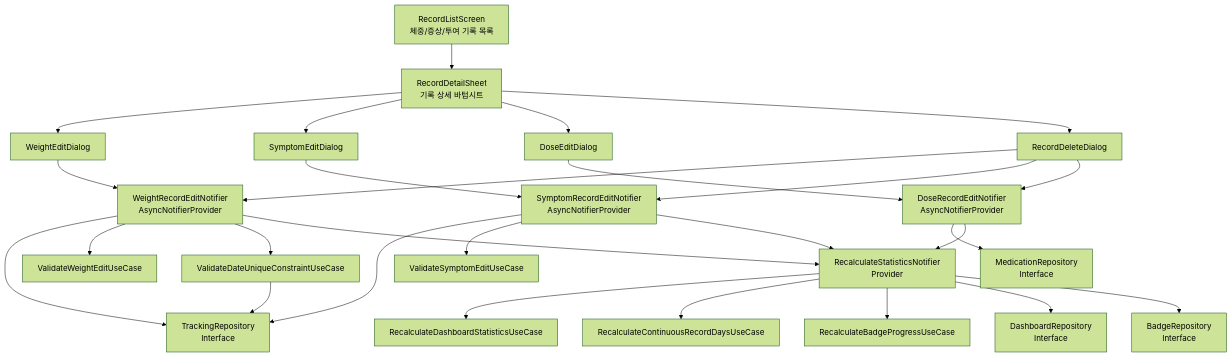
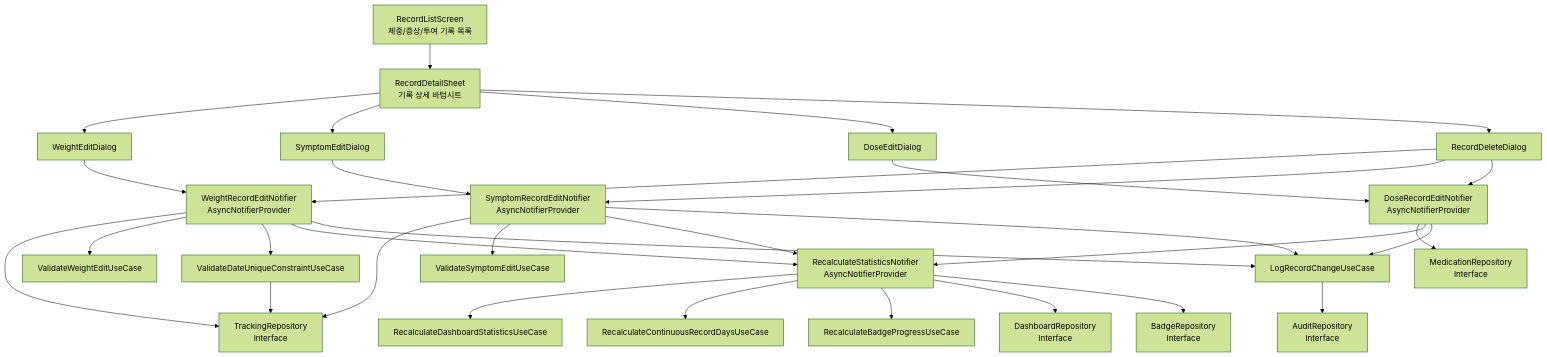
One commit to pcepyon/n06 changed the diagram in docs/013/plan.md. Above: the diagram before and after it, drawn with Mermaid (forest theme). The commit also changed other lines of this file and 13 other files, not shown here.

````diff
--- a/docs/013/plan.md
+++ b/docs/013/plan.md
@@ -22,64 +22,72 @@
 ```mermaid
 graph TD
     %% Presentation Layer
     RecordListScreen[RecordListScreen<br/>체중/증상/투여 기록 목록]
     RecordDetailSheet[RecordDetailSheet<br/>기록 상세 바텀시트]
     WeightEditDialog[WeightEditDialog]
     SymptomEditDialog[SymptomEditDialog]
     DoseEditDialog[DoseEditDialog]
     RecordDeleteDialog[RecordDeleteDialog]
 
     %% Application Layer
     WeightRecordEditNotifier[WeightRecordEditNotifier<br/>AsyncNotifierProvider]
     SymptomRecordEditNotifier[SymptomRecordEditNotifier<br/>AsyncNotifierProvider]
     DoseRecordEditNotifier[DoseRecordEditNotifier<br/>AsyncNotifierProvider]
-    RecalculateStatisticsNotifier[RecalculateStatisticsNotifier<br/>Provider]
+    RecalculateStatisticsNotifier[RecalculateStatisticsNotifier<br/>AsyncNotifierProvider]
 
     %% Domain Layer
     ValidateWeightEditUseCase[ValidateWeightEditUseCase]
     ValidateSymptomEditUseCase[ValidateSymptomEditUseCase]
     ValidateDateUniqueConstraintUseCase[ValidateDateUniqueConstraintUseCase]
     RecalculateDashboardStatisticsUseCase[RecalculateDashboardStatisticsUseCase]
     RecalculateContinuousRecordDaysUseCase[RecalculateContinuousRecordDaysUseCase]
     RecalculateBadgeProgressUseCase[RecalculateBadgeProgressUseCase]
+    LogRecordChangeUseCase[LogRecordChangeUseCase]
 
-    %% Infrastructure Layer (재사용)
+    %% Domain Layer - Repository Interfaces
     TrackingRepository[TrackingRepository<br/>Interface]
     MedicationRepository[MedicationRepository<br/>Interface]
     DashboardRepository[DashboardRepository<br/>Interface]
     BadgeRepository[BadgeRepository<br/>Interface]
+    AuditRepository[AuditRepository<br/>Interface]
 
     %% Dependencies
     RecordListScreen --> RecordDetailSheet
     RecordDetailSheet --> WeightEditDialog
     RecordDetailSheet --> SymptomEditDialog
     RecordDetailSheet --> DoseEditDialog
     RecordDetailSheet --> RecordDeleteDialog
 
     WeightEditDialog --> WeightRecordEditNotifier
     SymptomEditDialog --> SymptomRecordEditNotifier
     DoseEditDialog --> DoseRecordEditNotifier
     RecordDeleteDialog --> WeightRecordEditNotifier
     RecordDeleteDialog --> SymptomRecordEditNotifier
     RecordDeleteDialog --> DoseRecordEditNotifier
 
     WeightRecordEditNotifier --> TrackingRepository
     WeightRecordEditNotifier --> ValidateWeightEditUseCase
     WeightRecordEditNotifier --> ValidateDateUniqueConstraintUseCase
     WeightRecordEditNotifier --> RecalculateStatisticsNotifier
 
     SymptomRecordEditNotifier --> TrackingRepository
     SymptomRecordEditNotifier --> ValidateSymptomEditUseCase
     SymptomRecordEditNotifier --> RecalculateStatisticsNotifier
 
     DoseRecordEditNotifier --> MedicationRepository
     DoseRecordEditNotifier --> RecalculateStatisticsNotifier
 
     RecalculateStatisticsNotifier --> RecalculateDashboardStatisticsUseCase
     RecalculateStatisticsNotifier --> RecalculateContinuousRecordDaysUseCase
     RecalculateStatisticsNotifier --> RecalculateBadgeProgressUseCase
     RecalculateStatisticsNotifier --> DashboardRepository
     RecalculateStatisticsNotifier --> BadgeRepository
 
     ValidateDateUniqueConstraintUseCase --> TrackingRepository
+
+    WeightRecordEditNotifier --> LogRecordChangeUseCase
+    SymptomRecordEditNotifier --> LogRecordChangeUseCase
+    DoseRecordEditNotifier --> LogRecordChangeUseCase
+
+    LogRecordChangeUseCase --> AuditRepository
 ```
````
